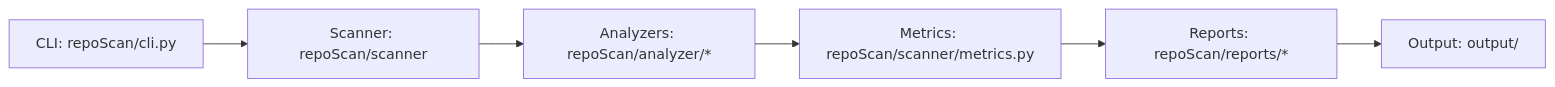
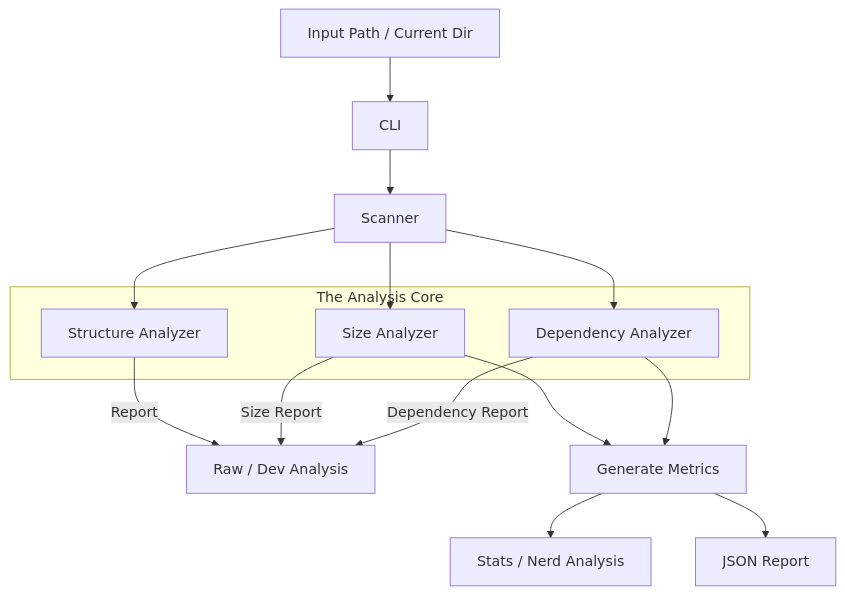
Before and after one commit to tecnolgd/repoScanner: the diagram in assets/docs/architecture.md, drawn with Mermaid.

Commit message:
chore: updated mermaid code

````diff
--- a/assets/docs/architecture.md
+++ b/assets/docs/architecture.md
@@ -37,8 +37,27 @@
 ```mermaid
-flowchart LR
-	CLI[CLI: repoScan/cli.py] --> Scanner[Scanner: repoScan/scanner]
-	Scanner --> Analyzers[Analyzers: repoScan/analyzer/*]
-	Analyzers --> Metrics[Metrics: repoScan/scanner/metrics.py]
-	Metrics --> Reports[Reports: repoScan/reports/*]
-	Reports --> Output[Output: output/]
+flowchart TD
+	
+	Input[Input Path / Current Dir] --> CLI
+	CLI --> Scanner
+
+	subgraph Analyzers [The Analysis Core]
+		Structure[Structure Analyzer]
+		Size[Size Analyzer]
+		Dependency[Dependency Analyzer]
+	end
+
+	Scanner --> Structure
+	Scanner --> Size
+	Scanner --> Dependency
+
+	
+	Structure --Report--> Raw_Analysis[Raw / Dev Analysis]
+	Size --Size Report--> Raw_Analysis
+	Dependency --Dependency Report--> Raw_Analysis
+
+	Size --> Metrics[Generate Metrics]
+	Dependency --> Metrics
+
+	Metrics --> Stats[Stats / Nerd Analysis]
+	Metrics --> JSON[JSON Report]
 ```
````
